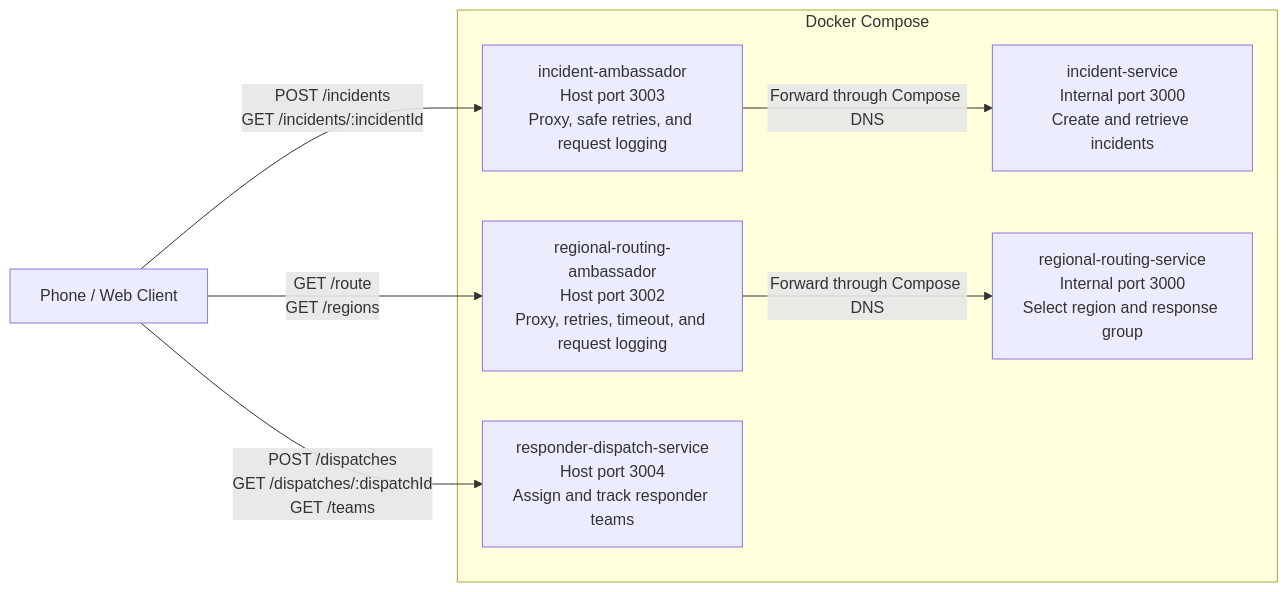
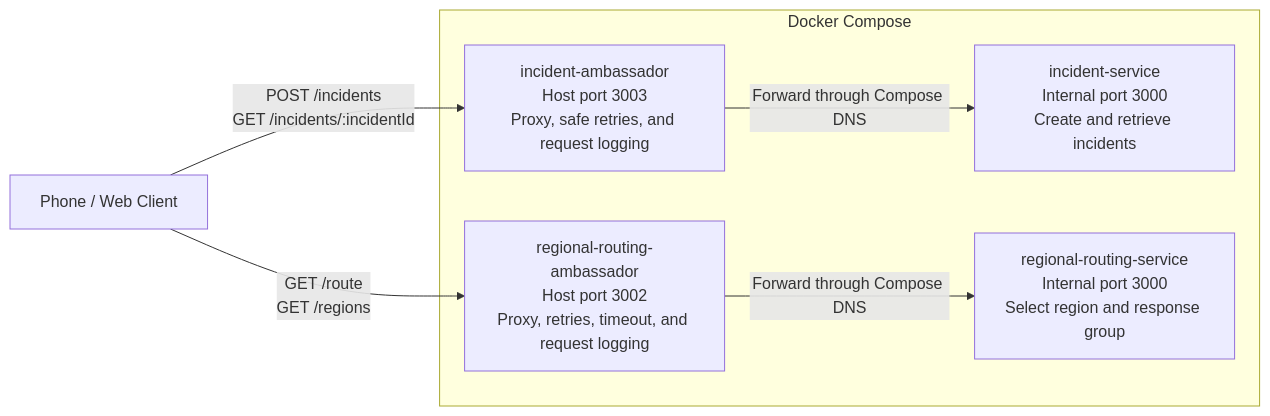
One commit to Dos0n/426-project-bay-blues changed the diagram in docs/SERVICES.md. Above: the diagram before and after it, drawn with Mermaid. The commit also changed other lines of this file and 8 other files, not shown here.

First line of the commit message:
Move responder-dispatch-service out of this PR

````diff
--- a/docs/SERVICES.md
+++ b/docs/SERVICES.md
@@ -12,18 +12,16 @@
 ```mermaid
 flowchart LR
     client[Phone / Web Client]
 
     subgraph compose[Docker Compose]
         incident[incident-service<br/>Internal port 3000<br/>Create and retrieve incidents]
         incidentAmbassador[incident-ambassador<br/>Host port 3003<br/>Proxy, safe retries, and request logging]
         ambassador[regional-routing-ambassador<br/>Host port 3002<br/>Proxy, retries, timeout, and request logging]
         routing[regional-routing-service<br/>Internal port 3000<br/>Select region and response group]
-        dispatch[responder-dispatch-service<br/>Host port 3004<br/>Assign and track responder teams]
     end
 
     client -->|POST /incidents<br/>GET /incidents/:incidentId| incidentAmbassador
     incidentAmbassador -->|Forward through Compose DNS| incident
     client -->|GET /route<br/>GET /regions| ambassador
     ambassador -->|Forward through Compose DNS| routing
-    client -->|POST /dispatches<br/>GET /dispatches/:dispatchId<br/>GET /teams| dispatch
 ```
````
